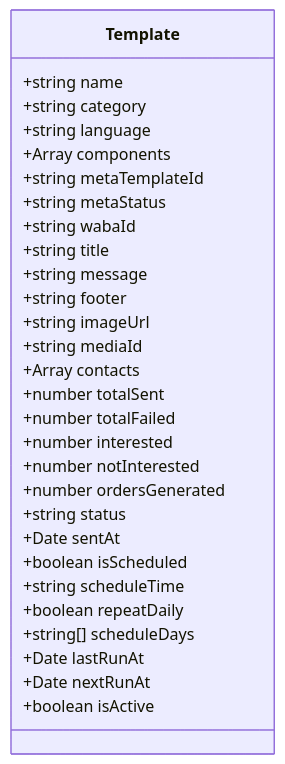
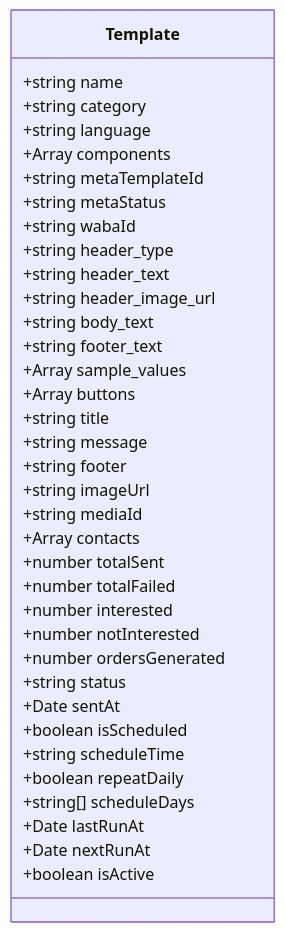
The third of 12 diagrams in .qoder/repowiki/en/content/Template Management/Template Management.md (zesteatvga-spec/crm), drawn with Mermaid before and after one commit. The commit also changed other lines of this file and 26 other files, not shown here.

````diff
--- a/.qoder/repowiki/en/content/Template Management/Template Management.md
+++ b/.qoder/repowiki/en/content/Template Management/Template Management.md
@@ -167,32 +170,39 @@
 ```mermaid
 classDiagram
 class Template {
 +string name
 +string category
 +string language
 +Array components
 +string metaTemplateId
 +string metaStatus
 +string wabaId
++string header_type
++string header_text
++string header_image_url
++string body_text
++string footer_text
++Array sample_values
++Array buttons
 +string title
 +string message
 +string footer
 +string imageUrl
 +string mediaId
 +Array contacts
 +number totalSent
 +number totalFailed
 +number interested
 +number notInterested
 +number ordersGenerated
 +string status
 +Date sentAt
 +boolean isScheduled
 +string scheduleTime
 +boolean repeatDaily
 +string[] scheduleDays
 +Date lastRunAt
 +Date nextRunAt
 +boolean isActive
 }
 ```
````
